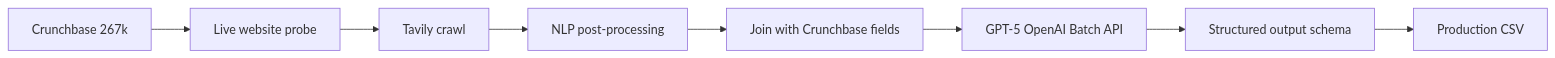
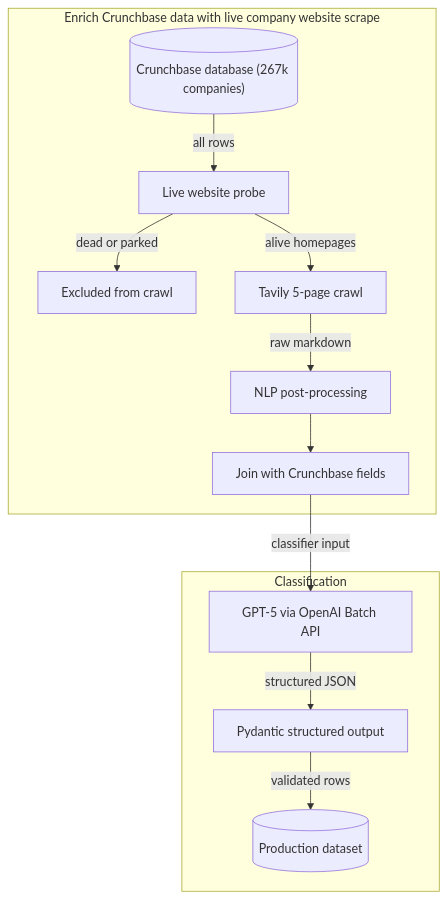
The second of 2 diagrams in README.md (k-hanafi/ai-startups-taxonomy-research), drawn with Mermaid before and after one commit.

````diff
--- a/README.md
+++ b/README.md
@@ -48,10 +48,15 @@
 ```mermaid
-flowchart LR
-    A[Crunchbase 267k] --> B[Live website probe]
-    B --> C[Tavily crawl]
-    C --> D[NLP post-processing]
-    D --> E[Join with Crunchbase fields]
-    E --> F[GPT-5 OpenAI Batch API]
-    F --> G[Structured output schema]
-    G --> H[Production CSV]
+flowchart TD
+    subgraph enrich ["Enrich Crunchbase data with live company website scrape"]
+        A[("Crunchbase database (267k companies)")] -->|all rows| B[Live website probe]
+        B -->|dead or parked| X[Excluded from crawl]
+        B -->|alive homepages| C[Tavily 5-page crawl]
+        C -->|raw markdown| D[NLP post-processing]
+        D --> E[Join with Crunchbase fields]
+    end
+    subgraph classification [Classification]
+        E -->|classifier input| F[GPT-5 via OpenAI Batch API]
+        F -->|structured JSON| G[Pydantic structured output]
+        G -->|validated rows| H[("Production dataset")]
+    end
 ```
````
